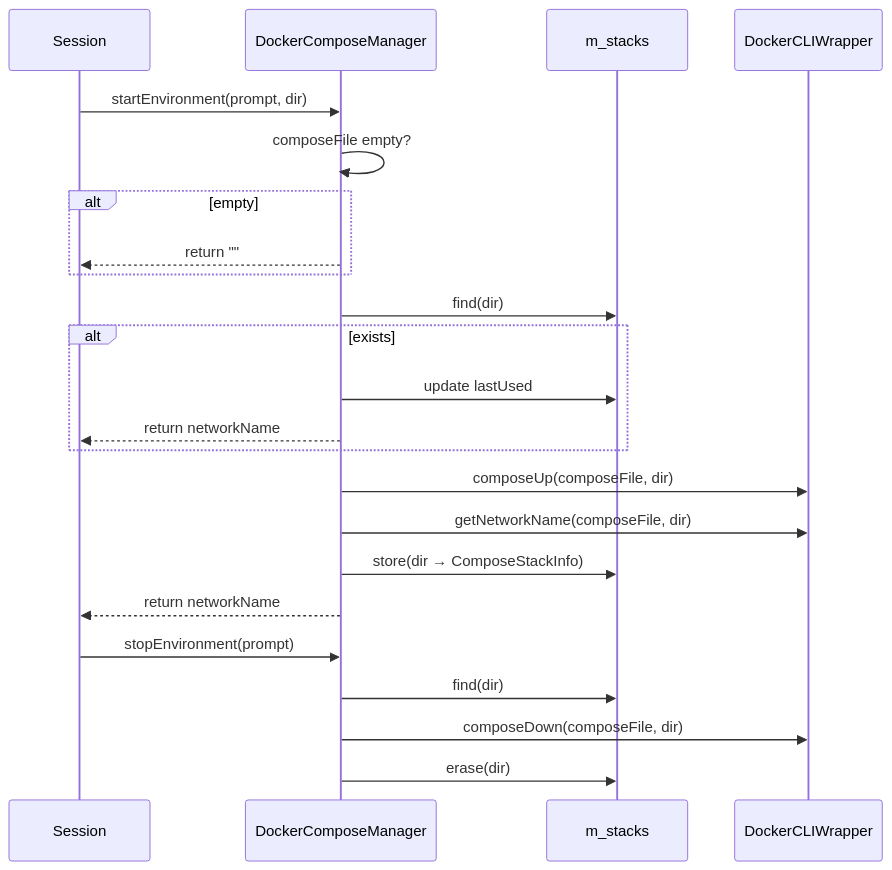
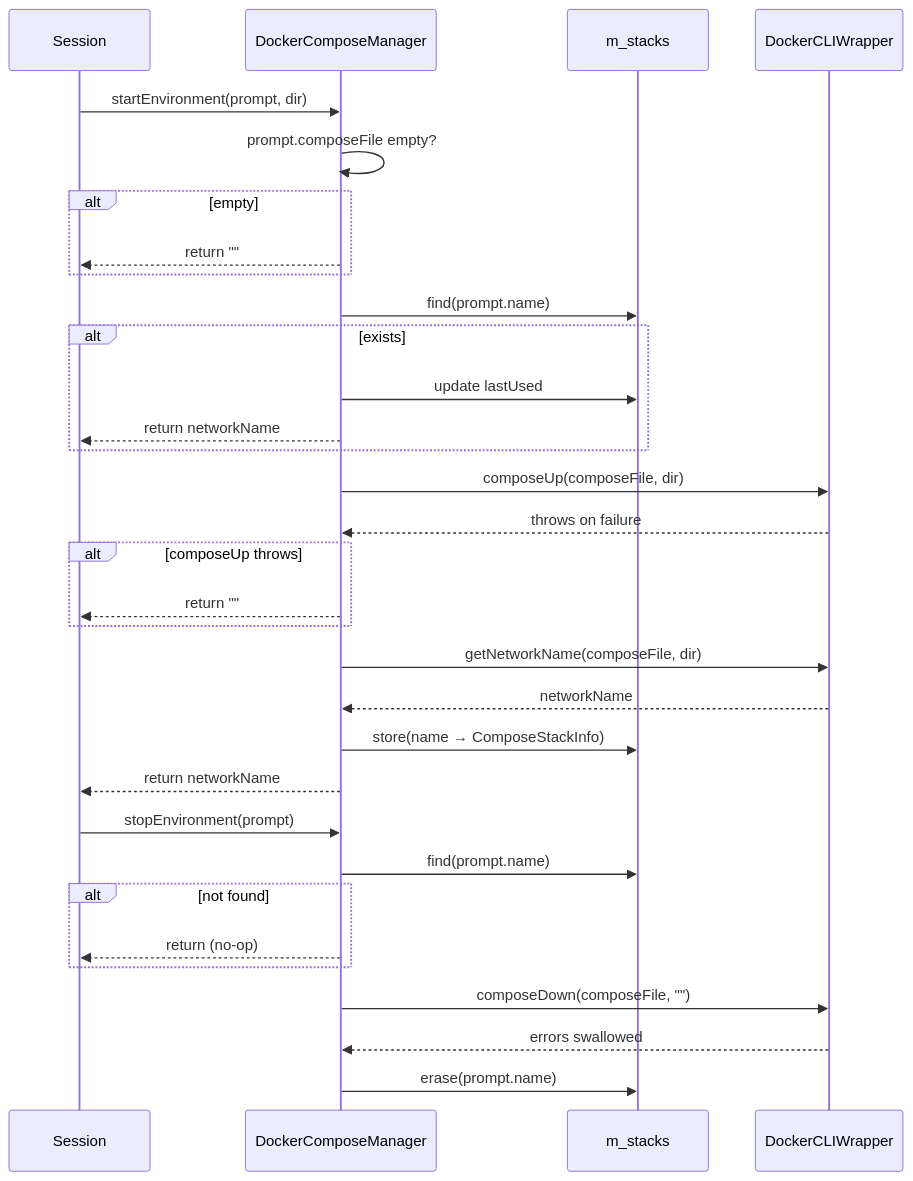
The second of 3 diagrams in src/docker/compose_manager.spec.md (opensassi/a0), drawn with Mermaid before and after one commit. The commit also changed other lines of this file and 165 other files, not shown here.

````diff
--- a/src/docker/compose_manager.spec.md
+++ b/src/docker/compose_manager.spec.md
@@ -134,27 +135,36 @@
 ```mermaid
 sequenceDiagram
     participant S as Session
     participant DCM as DockerComposeManager
     participant Map as m_stacks
     participant CLI as DockerCLIWrapper
 
     S->>DCM: startEnvironment(prompt, dir)
-    DCM->>DCM: composeFile empty?
+    DCM->>DCM: prompt.composeFile empty?
     alt empty
         DCM-->>S: return ""
     end
-    DCM->>Map: find(dir)
+    DCM->>Map: find(prompt.name)
     alt exists
         DCM->>Map: update lastUsed
         DCM-->>S: return networkName
     end
     DCM->>CLI: composeUp(composeFile, dir)
+    CLI-->>DCM: throws on failure
+    alt composeUp throws
+        DCM-->>S: return ""
+    end
     DCM->>CLI: getNetworkName(composeFile, dir)
-    DCM->>Map: store(dir → ComposeStackInfo)
+    CLI-->>DCM: networkName
+    DCM->>Map: store(name → ComposeStackInfo)
     DCM-->>S: return networkName
 
     S->>DCM: stopEnvironment(prompt)
-    DCM->>Map: find(dir)
-    DCM->>CLI: composeDown(composeFile, dir)
-    DCM->>Map: erase(dir)
+    DCM->>Map: find(prompt.name)
+    alt not found
+        DCM-->>S: return (no-op)
+    end
+    DCM->>CLI: composeDown(composeFile, "")
+    CLI-->>DCM: errors swallowed
+    DCM->>Map: erase(prompt.name)
 ```
````
